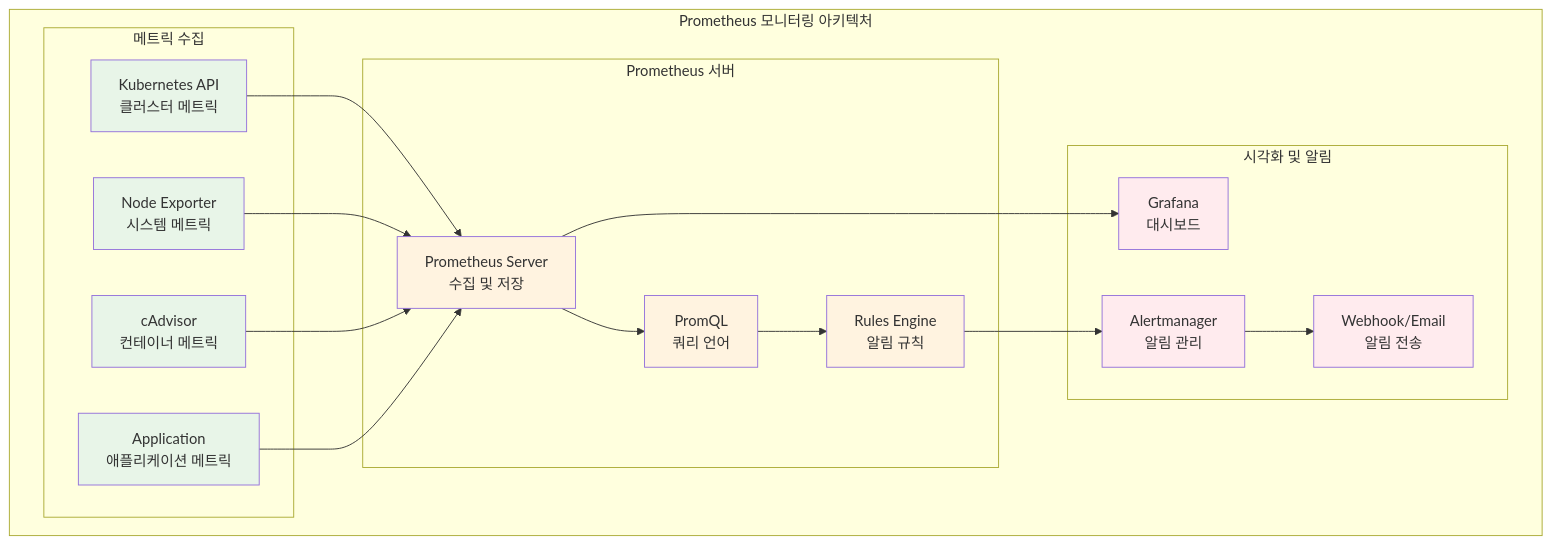
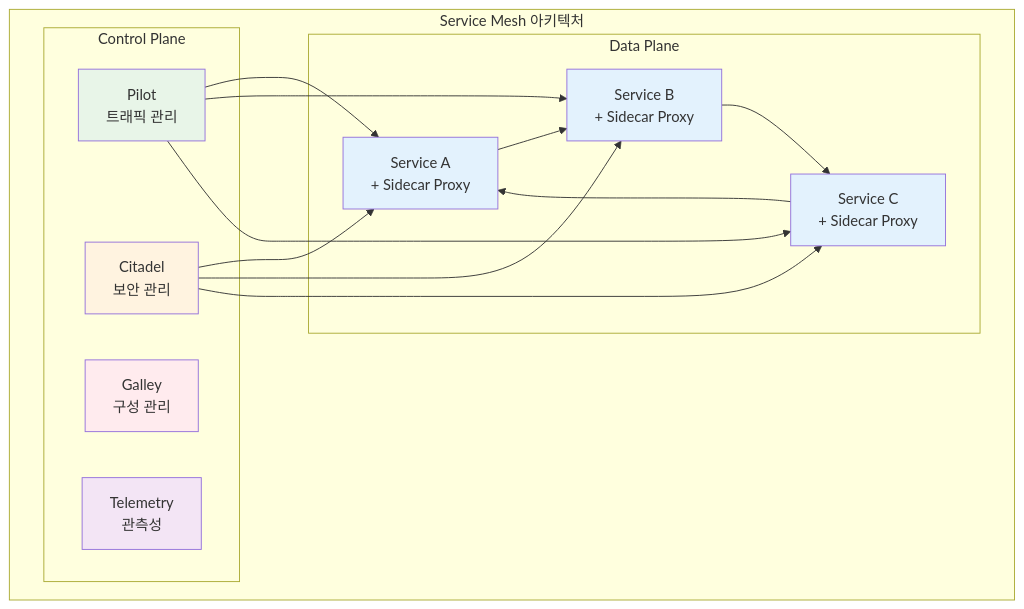
Before and after one commit to niceguy61/kdt_devops_lecture_2025: the diagram in theory/week_03/day5/README.md, drawn with Mermaid. The commit also changed other lines of this file and 5 other files, not shown here.

````diff
--- a/theory/week_03/day5/README.md
+++ b/theory/week_03/day5/README.md
@@ -37,44 +38,36 @@
 ```mermaid
 graph TB
-    subgraph "Prometheus 모니터링 아키텍처"
-        subgraph "메트릭 수집"
-            A[Kubernetes API<br/>클러스터 메트릭]
-            B[Node Exporter<br/>시스템 메트릭]
-            C[cAdvisor<br/>컨테이너 메트릭]
-            D[Application<br/>애플리케이션 메트릭]
+    subgraph "Service Mesh 아키텍처"
+        subgraph "Data Plane"
+            A[Service A<br/>+ Sidecar Proxy]
+            B[Service B<br/>+ Sidecar Proxy]
+            C[Service C<br/>+ Sidecar Proxy]
         end
         
-        subgraph "Prometheus 서버"
-            E[Prometheus Server<br/>수집 및 저장]
-            F[PromQL<br/>쿼리 언어]
-            G[Rules Engine<br/>알림 규칙]
-        end
-        
-        subgraph "시각화 및 알림"
-            H[Grafana<br/>대시보드]
-            I[Alertmanager<br/>알림 관리]
-            J[Webhook/Email<br/>알림 전송]
+        subgraph "Control Plane"
+            D[Pilot<br/>트래픽 관리]
+            E[Citadel<br/>보안 관리]
+            F[Galley<br/>구성 관리]
+            G[Telemetry<br/>관측성]
         end
     end
     
-    A --> E
-    B --> E
-    C --> E
-    D --> E
-    E --> F
-    F --> G
-    E --> H
-    G --> I
-    I --> J
+    A --> B
+    B --> C
+    C --> A
     
-    style A fill:#e8f5e8
-    style B fill:#e8f5e8
-    style C fill:#e8f5e8
+    D --> A
+    D --> B
+    D --> C
+    E --> A
+    E --> B
+    E --> C
+    
+    style A fill:#e3f2fd
+    style B fill:#e3f2fd
+    style C fill:#e3f2fd
     style D fill:#e8f5e8
     style E fill:#fff3e0
-    style F fill:#fff3e0
-    style G fill:#fff3e0
-    style H fill:#ffebee
-    style I fill:#ffebee
-    style J fill:#ffebee
+    style F fill:#ffebee
+    style G fill:#f3e5f5
 ```
````
